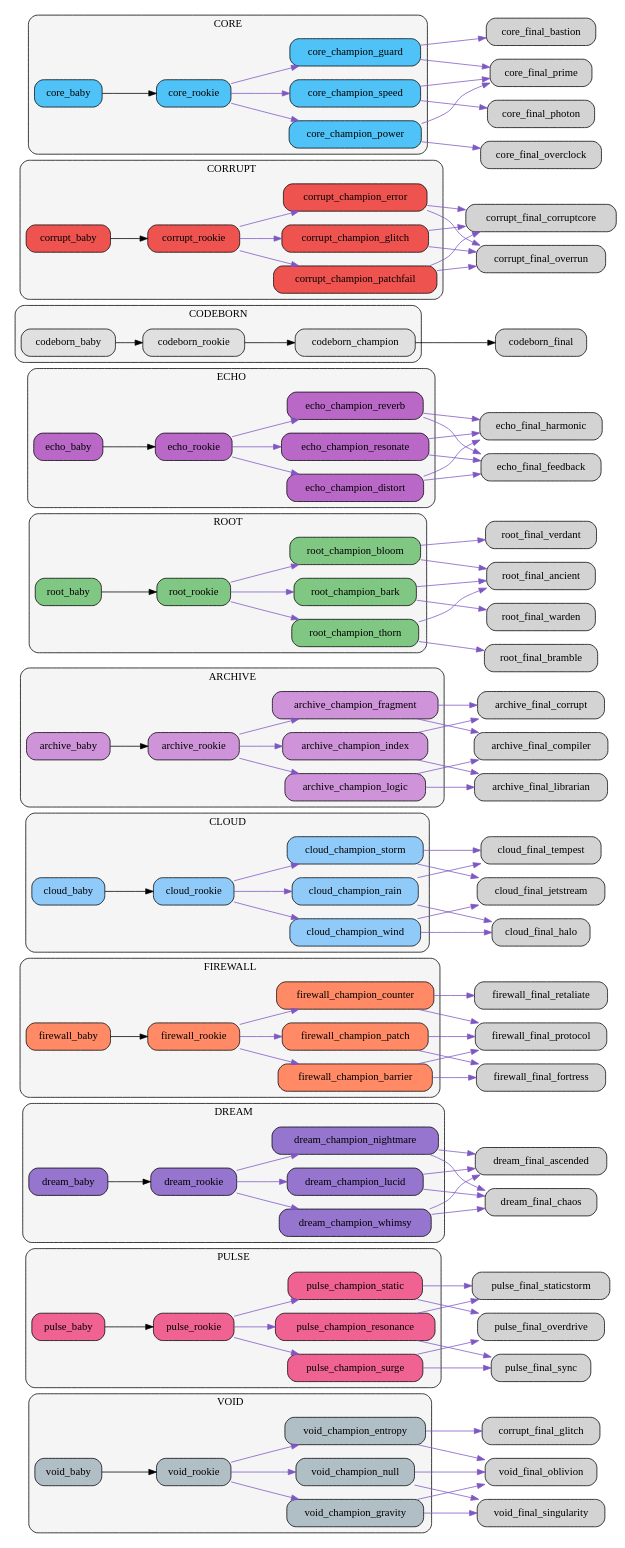
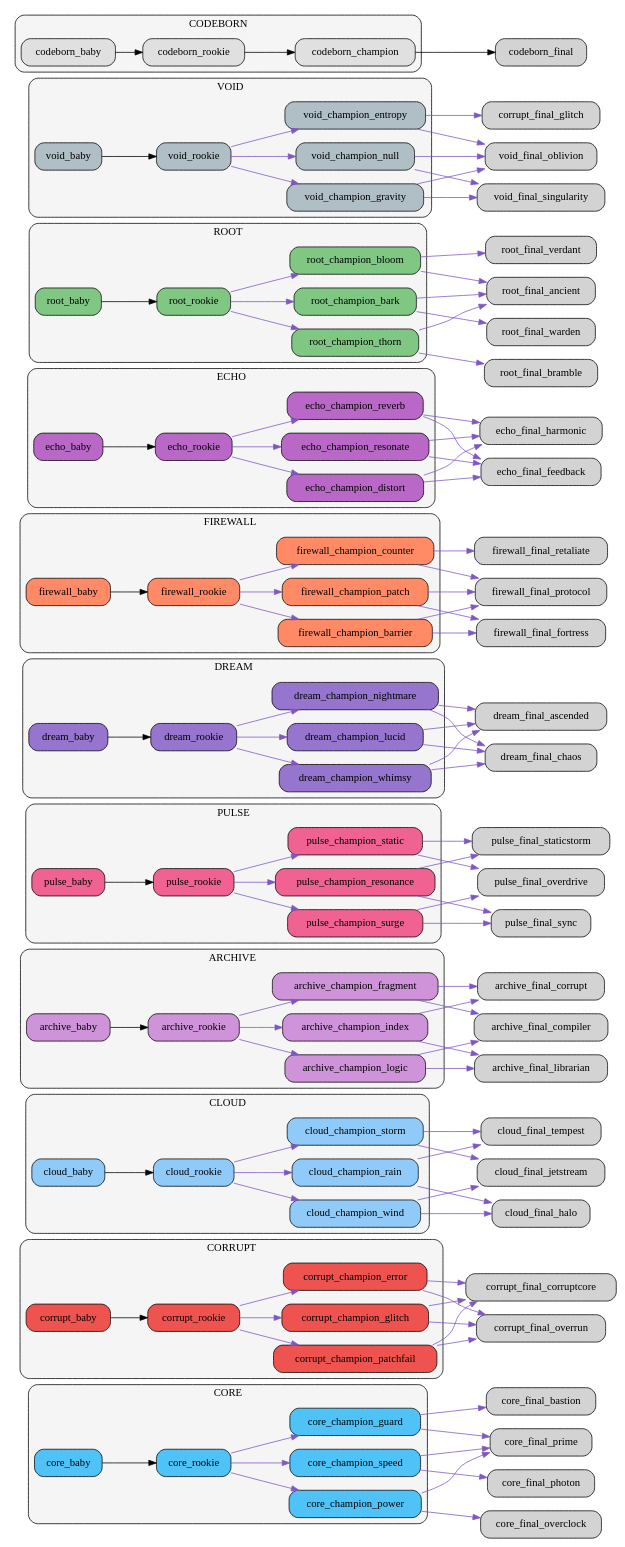
One commit to bwlight/NetGrid changed the diagram in src/netgrid/systems/evolution/graphs/clusters/evolution_clusters.dot. Above: the diagram before and after it, drawn with Graphviz. The commit also changed other lines of this file and 8 other files, not shown here.

Commit message:
Auto-update evolution graphs

```diff
--- a/src/netgrid/systems/evolution/graphs/clusters/evolution_clusters.dot
+++ b/src/netgrid/systems/evolution/graphs/clusters/evolution_clusters.dot
@@ -1,14 +1,41 @@
 digraph EvolutionTree {
   rankdir=LR;
   node [shape=box, style="rounded,filled"];
-  subgraph cluster_void {
-    label="VOID";
+  subgraph cluster_core {
+    label="CORE";
     style="rounded,filled"; fillcolor="#f5f5f5";
-    "void_baby" [fillcolor="#b0bec5"];
-    "void_rookie" [fillcolor="#b0bec5"];
-    "void_champion_entropy" [fillcolor="#b0bec5"];
-    "void_champion_gravity" [fillcolor="#b0bec5"];
-    "void_champion_null" [fillcolor="#b0bec5"];
+    "core_baby" [fillcolor="#4fc3f7"];
+    "core_rookie" [fillcolor="#4fc3f7"];
+    "core_champion_power" [fillcolor="#4fc3f7"];
+    "core_champion_guard" [fillcolor="#4fc3f7"];
+    "core_champion_speed" [fillcolor="#4fc3f7"];
+  }
+  subgraph cluster_corrupt {
+    label="CORRUPT";
+    style="rounded,filled"; fillcolor="#f5f5f5";
+    "corrupt_baby" [fillcolor="#ef5350"];
+    "corrupt_rookie" [fillcolor="#ef5350"];
+    "corrupt_champion_glitch" [fillcolor="#ef5350"];
+    "corrupt_champion_error" [fillcolor="#ef5350"];
+    "corrupt_champion_patchfail" [fillcolor="#ef5350"];
+  }
+  subgraph cluster_cloud {
+    label="CLOUD";
+    style="rounded,filled"; fillcolor="#f5f5f5";
+    "cloud_baby" [fillcolor="#90caf9"];
+    "cloud_rookie" [fillcolor="#90caf9"];
+    "cloud_champion_wind" [fillcolor="#90caf9"];
+    "cloud_champion_rain" [fillcolor="#90caf9"];
+    "cloud_champion_storm" [fillcolor="#90caf9"];
+  }
+  subgraph cluster_archive {
+    label="ARCHIVE";
+    style="rounded,filled"; fillcolor="#f5f5f5";
+    "archive_baby" [fillcolor="#ce93d8"];
+    "archive_rookie" [fillcolor="#ce93d8"];
+    "archive_champion_logic" [fillcolor="#ce93d8"];
+    "archive_champion_index" [fillcolor="#ce93d8"];
+    "archive_champion_fragment" [fillcolor="#ce93d8"];
   }
   subgraph cluster_pulse {
     label="PULSE";
@@ -37,23 +64,14 @@
     "firewall_champion_counter" [fillcolor="#ff8a65"];
     "firewall_champion_patch" [fillcolor="#ff8a65"];
   }
-  subgraph cluster_cloud {
-    label="CLOUD";
+  subgraph cluster_echo {
+    label="ECHO";
     style="rounded,filled"; fillcolor="#f5f5f5";
-    "cloud_baby" [fillcolor="#90caf9"];
-    "cloud_rookie" [fillcolor="#90caf9"];
-    "cloud_champion_wind" [fillcolor="#90caf9"];
-    "cloud_champion_rain" [fillcolor="#90caf9"];
-    "cloud_champion_storm" [fillcolor="#90caf9"];
-  }
-  subgraph cluster_archive {
-    label="ARCHIVE";
-    style="rounded,filled"; fillcolor="#f5f5f5";
-    "archive_baby" [fillcolor="#ce93d8"];
-    "archive_rookie" [fillcolor="#ce93d8"];
-    "archive_champion_logic" [fillcolor="#ce93d8"];
-    "archive_champion_index" [fillcolor="#ce93d8"];
-    "archive_champion_fragment" [fillcolor="#ce93d8"];
+    "echo_baby" [fillcolor="#ba68c8"];
+    "echo_rookie" [fillcolor="#ba68c8"];
+    "echo_champion_resonate" [fillcolor="#ba68c8"];
+    "echo_champion_reverb" [fillcolor="#ba68c8"];
+    "echo_champion_distort" [fillcolor="#ba68c8"];
   }
   subgraph cluster_root {
     label="ROOT";
@@ -64,14 +82,14 @@
     "root_champion_bloom" [fillcolor="#81c784"];
     "root_champion_bark" [fillcolor="#81c784"];
   }
-  subgraph cluster_echo {
-    label="ECHO";
+  subgraph cluster_void {
+    label="VOID";
     style="rounded,filled"; fillcolor="#f5f5f5";
-    "echo_baby" [fillcolor="#ba68c8"];
-    "echo_rookie" [fillcolor="#ba68c8"];
-    "echo_champion_resonate" [fillcolor="#ba68c8"];
-    "echo_champion_reverb" [fillcolor="#ba68c8"];
-    "echo_champion_distort" [fillcolor="#ba68c8"];
+    "void_baby" [fillcolor="#b0bec5"];
+    "void_rookie" [fillcolor="#b0bec5"];
+    "void_champion_entropy" [fillcolor="#b0bec5"];
+    "void_champion_gravity" [fillcolor="#b0bec5"];
+    "void_champion_null" [fillcolor="#b0bec5"];
   }
   subgraph cluster_codeborn {
     label="CODEBORN";
@@ -80,34 +98,46 @@
     "codeborn_rookie" [fillcolor="#e0e0e0"];
     "codeborn_champion" [fillcolor="#e0e0e0"];
   }
-  subgraph cluster_corrupt {
-    label="CORRUPT";
-    style="rounded,filled"; fillcolor="#f5f5f5";
-    "corrupt_baby" [fillcolor="#ef5350"];
-    "corrupt_rookie" [fillcolor="#ef5350"];
-    "corrupt_champion_glitch" [fillcolor="#ef5350"];
-    "corrupt_champion_error" [fillcolor="#ef5350"];
-    "corrupt_champion_patchfail" [fillcolor="#ef5350"];
-  }
-  subgraph cluster_core {
-    label="CORE";
-    style="rounded,filled"; fillcolor="#f5f5f5";
-    "core_baby" [fillcolor="#4fc3f7"];
-    "core_rookie" [fillcolor="#4fc3f7"];
-    "core_champion_power" [fillcolor="#4fc3f7"];
-    "core_champion_guard" [fillcolor="#4fc3f7"];
-    "core_champion_speed" [fillcolor="#4fc3f7"];
-  }
-  "void_baby" -> "void_rookie";
-  "void_rookie" -> "void_champion_entropy" [color="#7e57c2"];
-  "void_rookie" -> "void_champion_gravity" [color="#7e57c2"];
-  "void_rookie" -> "void_champion_null" [color="#7e57c2"];
-  "void_champion_entropy" -> "corrupt_final_glitch" [color="#7e57c2"];
-  "void_champion_entropy" -> "void_final_oblivion" [color="#7e57c2"];
-  "void_champion_gravity" -> "void_final_singularity" [color="#7e57c2"];
-  "void_champion_gravity" -> "void_final_oblivion" [color="#7e57c2"];
-  "void_champion_null" -> "void_final_oblivion" [color="#7e57c2"];
-  "void_champion_null" -> "void_final_singularity" [color="#7e57c2"];
+  "core_baby" -> "core_rookie";
+  "core_rookie" -> "core_champion_power" [color="#7e57c2"];
+  "core_rookie" -> "core_champion_guard" [color="#7e57c2"];
+  "core_rookie" -> "core_champion_speed" [color="#7e57c2"];
+  "core_champion_power" -> "core_final_overclock" [color="#7e57c2"];
+  "core_champion_power" -> "core_final_prime" [color="#7e57c2"];
+  "core_champion_guard" -> "core_final_bastion" [color="#7e57c2"];
+  "core_champion_guard" -> "core_final_prime" [color="#7e57c2"];
+  "core_champion_speed" -> "core_final_photon" [color="#7e57c2"];
+  "core_champion_speed" -> "core_final_prime" [color="#7e57c2"];
+  "corrupt_baby" -> "corrupt_rookie";
+  "corrupt_rookie" -> "corrupt_champion_glitch" [color="#7e57c2"];
+  "corrupt_rookie" -> "corrupt_champion_error" [color="#7e57c2"];
+  "corrupt_rookie" -> "corrupt_champion_patchfail" [color="#7e57c2"];
+  "corrupt_champion_glitch" -> "corrupt_final_corruptcore" [color="#7e57c2"];
+  "corrupt_champion_glitch" -> "corrupt_final_overrun" [color="#7e57c2"];
+  "corrupt_champion_error" -> "corrupt_final_overrun" [color="#7e57c2"];
+  "corrupt_champion_error" -> "corrupt_final_corruptcore" [color="#7e57c2"];
+  "corrupt_champion_patchfail" -> "corrupt_final_corruptcore" [color="#7e57c2"];
+  "corrupt_champion_patchfail" -> "corrupt_final_overrun" [color="#7e57c2"];
+  "cloud_baby" -> "cloud_rookie";
+  "cloud_rookie" -> "cloud_champion_wind" [color="#7e57c2"];
+  "cloud_rookie" -> "cloud_champion_rain" [color="#7e57c2"];
+  "cloud_rookie" -> "cloud_champion_storm" [color="#7e57c2"];
+  "cloud_champion_wind" -> "cloud_final_jetstream" [color="#7e57c2"];
+  "cloud_champion_wind" -> "cloud_final_halo" [color="#7e57c2"];
+  "cloud_champion_rain" -> "cloud_final_halo" [color="#7e57c2"];
+  "cloud_champion_rain" -> "cloud_final_tempest" [color="#7e57c2"];
+  "cloud_champion_storm" -> "cloud_final_tempest" [color="#7e57c2"];
+  "cloud_champion_storm" -> "cloud_final_jetstream" [color="#7e57c2"];
+  "archive_baby" -> "archive_rookie";
+  "archive_rookie" -> "archive_champion_logic" [color="#7e57c2"];
+  "archive_rookie" -> "archive_champion_index" [color="#7e57c2"];
+  "archive_rookie" -> "archive_champion_fragment" [color="#7e57c2"];
+  "archive_champion_logic" -> "archive_final_compiler" [color="#7e57c2"];
+  "archive_champion_logic" -> "archive_final_librarian" [color="#7e57c2"];
+  "archive_champion_index" -> "archive_final_librarian" [color="#7e57c2"];
+  "archive_champion_index" -> "archive_final_corrupt" [color="#7e57c2"];
+  "archive_champion_fragment" -> "archive_final_corrupt" [color="#7e57c2"];
+  "archive_champion_fragment" -> "archive_final_compiler" [color="#7e57c2"];
   "pulse_baby" -> "pulse_rookie";
   "pulse_rookie" -> "pulse_champion_surge" [color="#7e57c2"];
   "pulse_rookie" -> "pulse_champion_resonance" [color="#7e57c2"];
@@ -138,26 +168,16 @@
   "firewall_champion_counter" -> "firewall_final_protocol" [color="#7e57c2"];
   "firewall_champion_patch" -> "firewall_final_protocol" [color="#7e57c2"];
   "firewall_champion_patch" -> "firewall_final_fortress" [color="#7e57c2"];
-  "cloud_baby" -> "cloud_rookie";
-  "cloud_rookie" -> "cloud_champion_wind" [color="#7e57c2"];
-  "cloud_rookie" -> "cloud_champion_rain" [color="#7e57c2"];
-  "cloud_rookie" -> "cloud_champion_storm" [color="#7e57c2"];
-  "cloud_champion_wind" -> "cloud_final_jetstream" [color="#7e57c2"];
-  "cloud_champion_wind" -> "cloud_final_halo" [color="#7e57c2"];
-  "cloud_champion_rain" -> "cloud_final_halo" [color="#7e57c2"];
-  "cloud_champion_rain" -> "cloud_final_tempest" [color="#7e57c2"];
-  "cloud_champion_storm" -> "cloud_final_tempest" [color="#7e57c2"];
-  "cloud_champion_storm" -> "cloud_final_jetstream" [color="#7e57c2"];
-  "archive_baby" -> "archive_rookie";
-  "archive_rookie" -> "archive_champion_logic" [color="#7e57c2"];
-  "archive_rookie" -> "archive_champion_index" [color="#7e57c2"];
-  "archive_rookie" -> "archive_champion_fragment" [color="#7e57c2"];
-  "archive_champion_logic" -> "archive_final_compiler" [color="#7e57c2"];
-  "archive_champion_logic" -> "archive_final_librarian" [color="#7e57c2"];
-  "archive_champion_index" -> "archive_final_librarian" [color="#7e57c2"];
-  "archive_champion_index" -> "archive_final_corrupt" [color="#7e57c2"];
-  "archive_champion_fragment" -> "archive_final_corrupt" [color="#7e57c2"];
-  "archive_champion_fragment" -> "archive_final_compiler" [color="#7e57c2"];
+  "echo_baby" -> "echo_rookie";
+  "echo_rookie" -> "echo_champion_resonate" [color="#7e57c2"];
+  "echo_rookie" -> "echo_champion_reverb" [color="#7e57c2"];
+  "echo_rookie" -> "echo_champion_distort" [color="#7e57c2"];
+  "echo_champion_resonate" -> "echo_final_harmonic" [color="#7e57c2"];
+  "echo_champion_resonate" -> "echo_final_feedback" [color="#7e57c2"];
+  "echo_champion_reverb" -> "echo_final_feedback" [color="#7e57c2"];
+  "echo_champion_reverb" -> "echo_final_harmonic" [color="#7e57c2"];
+  "echo_champion_distort" -> "echo_final_feedback" [color="#7e57c2"];
+  "echo_champion_distort" -> "echo_final_harmonic" [color="#7e57c2"];
   "root_baby" -> "root_rookie";
   "root_rookie" -> "root_champion_thorn" [color="#7e57c2"];
   "root_rookie" -> "root_champion_bloom" [color="#7e57c2"];
@@ -168,37 +188,17 @@
   "root_champion_bloom" -> "root_final_verdant" [color="#7e57c2"];
   "root_champion_bark" -> "root_final_warden" [color="#7e57c2"];
   "root_champion_bark" -> "root_final_ancient" [color="#7e57c2"];
-  "echo_baby" -> "echo_rookie";
-  "echo_rookie" -> "echo_champion_resonate" [color="#7e57c2"];
-  "echo_rookie" -> "echo_champion_reverb" [color="#7e57c2"];
-  "echo_rookie" -> "echo_champion_distort" [color="#7e57c2"];
-  "echo_champion_resonate" -> "echo_final_harmonic" [color="#7e57c2"];
-  "echo_champion_resonate" -> "echo_final_feedback" [color="#7e57c2"];
-  "echo_champion_reverb" -> "echo_final_feedback" [color="#7e57c2"];
-  "echo_champion_reverb" -> "echo_final_harmonic" [color="#7e57c2"];
-  "echo_champion_distort" -> "echo_final_feedback" [color="#7e57c2"];
-  "echo_champion_distort" -> "echo_final_harmonic" [color="#7e57c2"];
+  "void_baby" -> "void_rookie";
+  "void_rookie" -> "void_champion_entropy" [color="#7e57c2"];
+  "void_rookie" -> "void_champion_gravity" [color="#7e57c2"];
+  "void_rookie" -> "void_champion_null" [color="#7e57c2"];
+  "void_champion_entropy" -> "corrupt_final_glitch" [color="#7e57c2"];
+  "void_champion_entropy" -> "void_final_oblivion" [color="#7e57c2"];
+  "void_champion_gravity" -> "void_final_singularity" [color="#7e57c2"];
+  "void_champion_gravity" -> "void_final_oblivion" [color="#7e57c2"];
+  "void_champion_null" -> "void_final_oblivion" [color="#7e57c2"];
+  "void_champion_null" -> "void_final_singularity" [color="#7e57c2"];
   "codeborn_baby" -> "codeborn_rookie";
   "codeborn_rookie" -> "codeborn_champion";
   "codeborn_champion" -> "codeborn_final";
-  "corrupt_baby" -> "corrupt_rookie";
-  "corrupt_rookie" -> "corrupt_champion_glitch" [color="#7e57c2"];
-  "corrupt_rookie" -> "corrupt_champion_error" [color="#7e57c2"];
-  "corrupt_rookie" -> "corrupt_champion_patchfail" [color="#7e57c2"];
-  "corrupt_champion_glitch" -> "corrupt_final_corruptcore" [color="#7e57c2"];
-  "corrupt_champion_glitch" -> "corrupt_final_overrun" [color="#7e57c2"];
-  "corrupt_champion_error" -> "corrupt_final_overrun" [color="#7e57c2"];
-  "corrupt_champion_error" -> "corrupt_final_corruptcore" [color="#7e57c2"];
-  "corrupt_champion_patchfail" -> "corrupt_final_corruptcore" [color="#7e57c2"];
-  "corrupt_champion_patchfail" -> "corrupt_final_overrun" [color="#7e57c2"];
-  "core_baby" -> "core_rookie";
-  "core_rookie" -> "core_champion_power" [color="#7e57c2"];
-  "core_rookie" -> "core_champion_guard" [color="#7e57c2"];
-  "core_rookie" -> "core_champion_speed" [color="#7e57c2"];
-  "core_champion_power" -> "core_final_overclock" [color="#7e57c2"];
-  "core_champion_power" -> "core_final_prime" [color="#7e57c2"];
-  "core_champion_guard" -> "core_final_bastion" [color="#7e57c2"];
-  "core_champion_guard" -> "core_final_prime" [color="#7e57c2"];
-  "core_champion_speed" -> "core_final_photon" [color="#7e57c2"];
-  "core_champion_speed" -> "core_final_prime" [color="#7e57c2"];
 }
```
